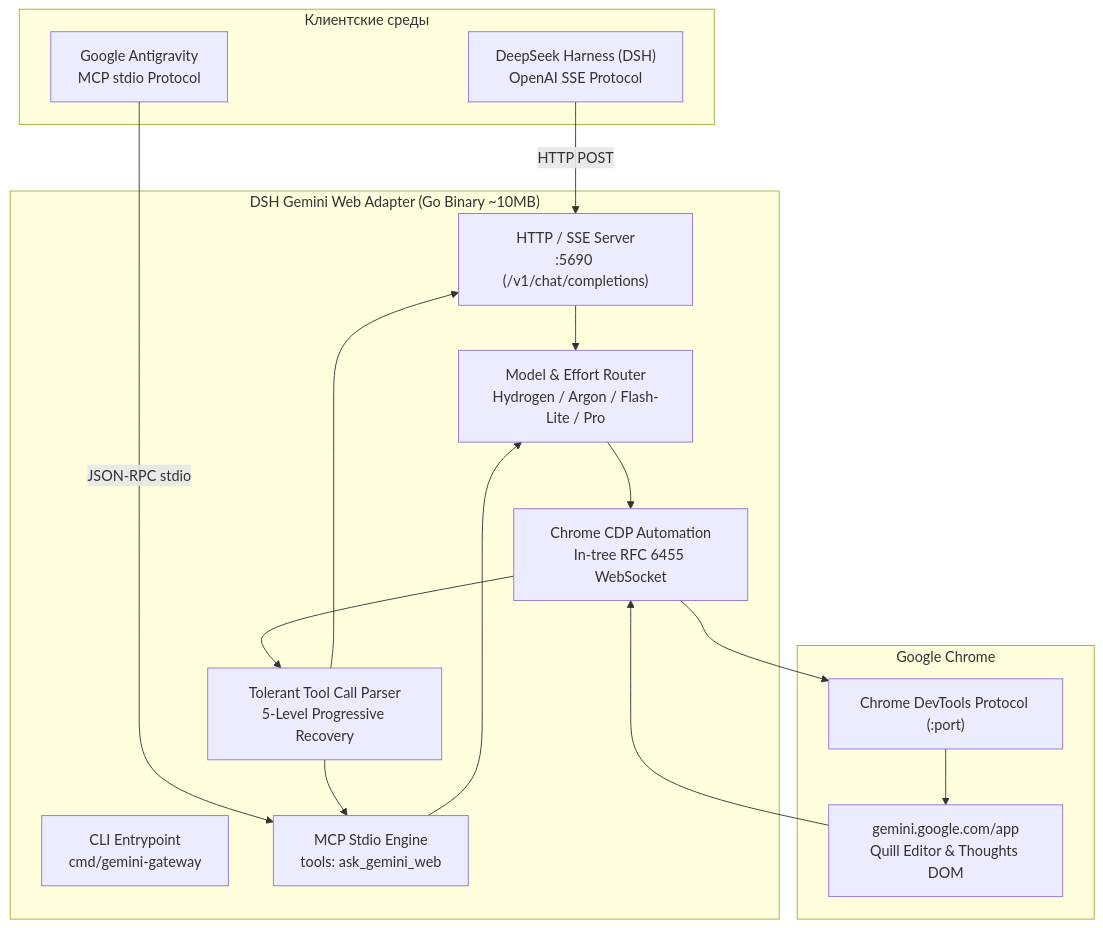
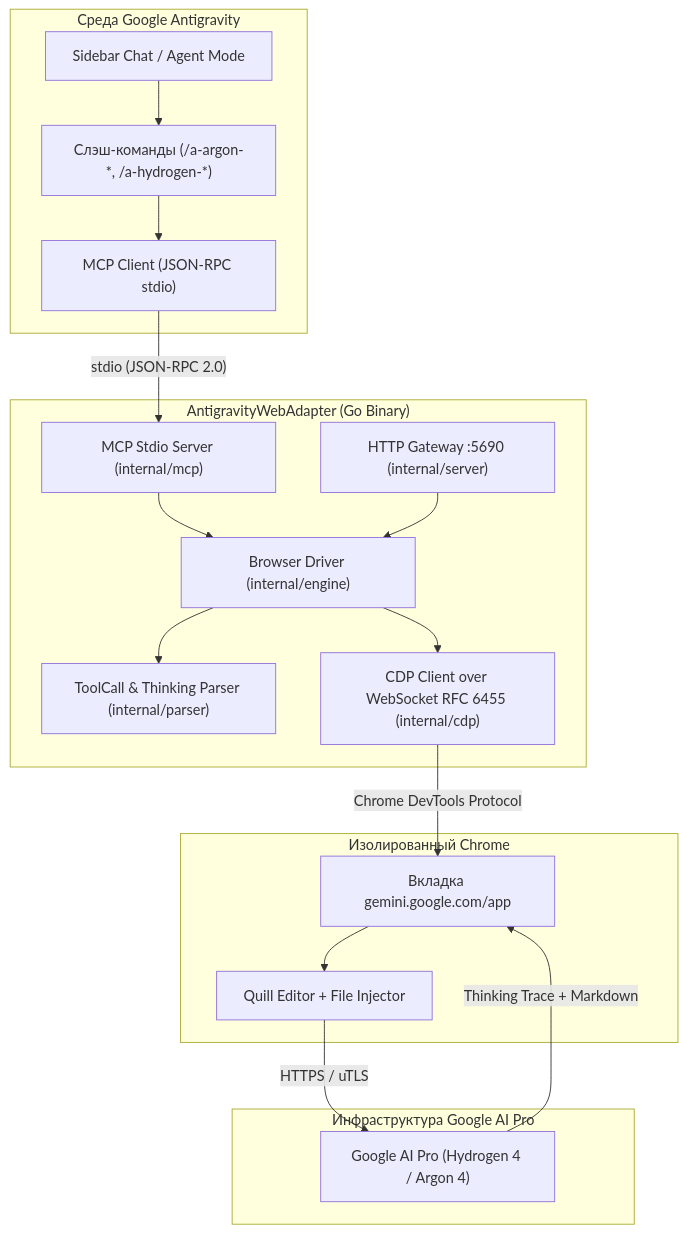
Before and after one commit to kahanaalita/AntigravityWebAdapter: the diagram in README.md, drawn with Mermaid. The commit also changed other lines of this file and 8 other files, not shown here.

Commit message:
feat: complete rename to AntigravityWebAdapter, dual MCP/HTTP support and documentation

````diff
--- a/README.md
+++ b/README.md
@@ -66,33 +43,37 @@
 ```mermaid
 flowchart TD
-    subgraph Clients["Клиентские среды"]
-        DSH["DeepSeek Harness (DSH)<br/>OpenAI SSE Protocol"]
-        AGY["Google Antigravity<br/>MCP stdio Protocol"]
+    subgraph Antigravity ["Среда Google Antigravity"]
+        Chat["Sidebar Chat / Agent Mode"]
+        SlashCmd["Слэш-команды (/a-argon-*, /a-hydrogen-*)"]
+        MCPClient["MCP Client (JSON-RPC stdio)"]
     end
 
-    subgraph GoGateway["DSH Gemini Web Adapter (Go Binary ~10MB)"]
-        CLI["CLI Entrypoint<br/>cmd/gemini-gateway"]
-        HTTPServer["HTTP / SSE Server<br/>:5690 (/v1/chat/completions)"]
-        MCPServer["MCP Stdio Engine<br/>tools: ask_gemini_web"]
-        Parser["Tolerant Tool Call Parser<br/>5-Level Progressive Recovery"]
-        Router["Model & Effort Router<br/>Hydrogen / Argon / Flash-Lite / Pro"]
-        Driver["Chrome CDP Automation<br/>In-tree RFC 6455 WebSocket"]
+    subgraph Adapter ["AntigravityWebAdapter (Go Binary)"]
+        MCPEngine["MCP Stdio Server (internal/mcp)"]
+        HTTPEngine["HTTP Gateway :5690 (internal/server)"]
+        Driver["Browser Driver (internal/engine)"]
+        Parser["ToolCall & Thinking Parser (internal/parser)"]
+        CDP["CDP Client over WebSocket RFC 6455 (internal/cdp)"]
     end
 
-    subgraph Browser["Google Chrome"]
-        CDP["Chrome DevTools Protocol (:port)"]
-        GeminiDOM["gemini.google.com/app<br/>Quill Editor & Thoughts DOM"]
+    subgraph Browser ["Изолированный Chrome"]
+        Tab["Вкладка gemini.google.com/app"]
+        Quill["Quill Editor + File Injector"]
     end
 
-    DSH -->|HTTP POST| HTTPServer
-    AGY -->|JSON-RPC stdio| MCPServer
-    HTTPServer --> Router
-    MCPServer --> Router
-    Router --> Driver
+    subgraph Google ["Инфраструктура Google AI Pro"]
+        Backend["Google AI Pro (Hydrogen 4 / Argon 4)"]
+    end
+
+    Chat --> SlashCmd
+    SlashCmd --> MCPClient
+    MCPClient -->|"stdio (JSON-RPC 2.0)"| MCPEngine
+    MCPEngine --> Driver
+    HTTPEngine --> Driver
+    Driver --> Parser
     Driver --> CDP
-    CDP --> GeminiDOM
-    GeminiDOM --> Driver
-    Driver --> Parser
-    Parser --> HTTPServer
-    Parser --> MCPServer
+    CDP -->|"Chrome DevTools Protocol"| Tab
+    Tab --> Quill
+    Quill -->|"HTTPS / uTLS"| Backend
+    Backend -->|"Thinking Trace + Markdown"| Tab
 ```
````
